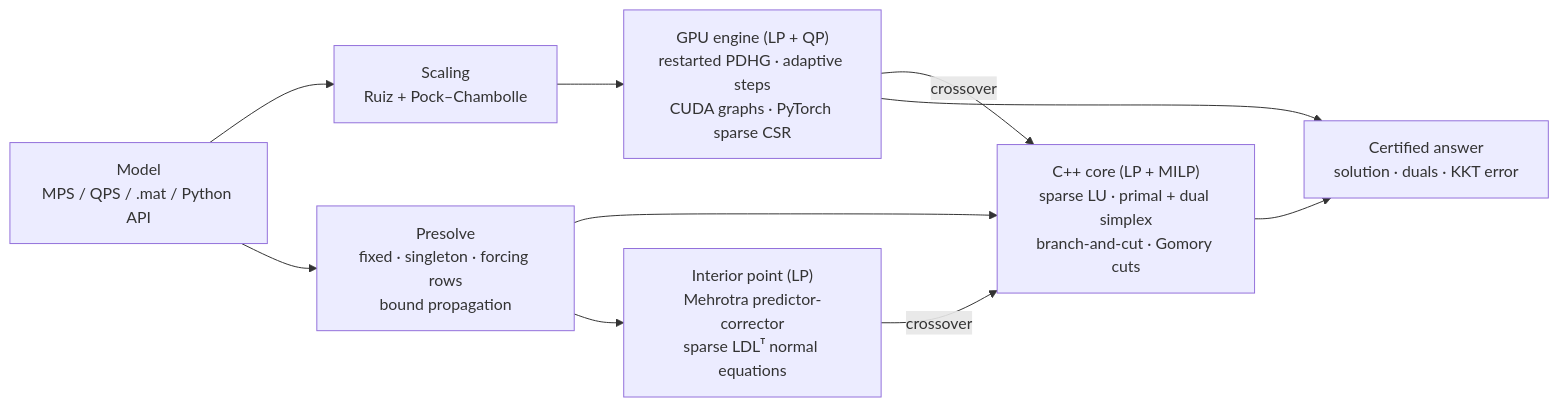
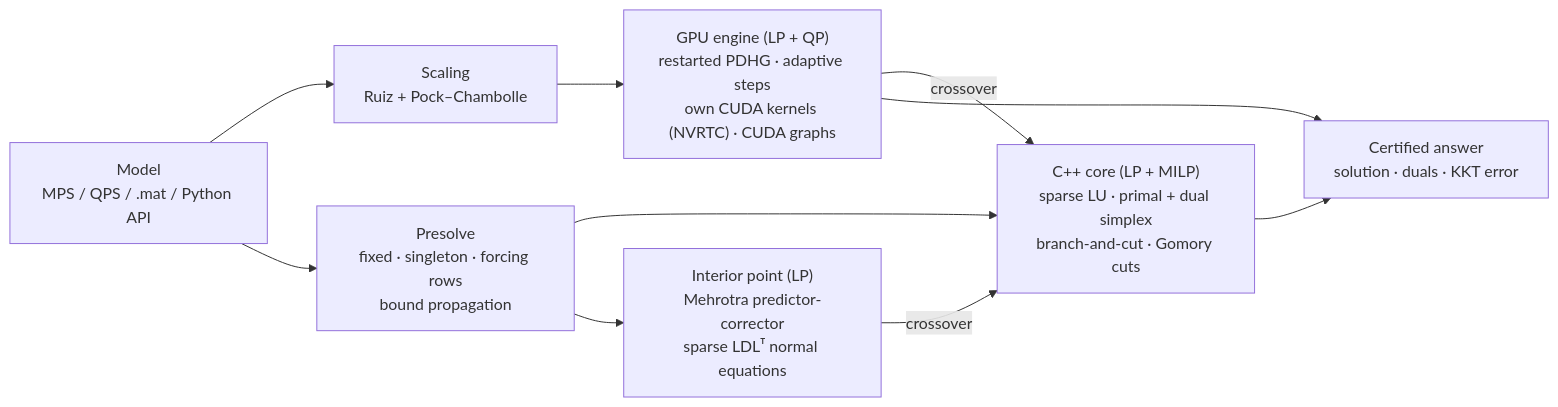
One commit to NAMAN-THAKUR-1944/SIH2026-SIH26119-SAMADHAN changed the diagram in README.md. Above: the diagram before and after it, drawn with Mermaid. The commit also changed other lines of this file, not shown here.

Commit message:
README: describe the native CUDA kernels and the propagation through continuous columns

````diff
--- a/README.md
+++ b/README.md
@@ -118,12 +118,12 @@
 ```mermaid
 flowchart LR
     A["Model<br/>MPS / QPS / .mat / Python API"] --> B["Scaling<br/>Ruiz + Pock–Chambolle"]
-    B --> C["GPU engine (LP + QP)<br/>restarted PDHG · adaptive steps<br/>CUDA graphs · PyTorch sparse CSR"]
+    B --> C["GPU engine (LP + QP)<br/>restarted PDHG · adaptive steps<br/>own CUDA kernels (NVRTC) · CUDA graphs"]
     A --> P["Presolve<br/>fixed · singleton · forcing rows<br/>bound propagation"]
     P --> D["C++ core (LP + MILP)<br/>sparse LU · primal + dual simplex<br/>branch-and-cut · Gomory cuts"]
     P --> I["Interior point (LP)<br/>Mehrotra predictor-corrector<br/>sparse LDLᵀ normal equations"]
     I -- crossover --> D
     C -- crossover --> D
     C --> E["Certified answer<br/>solution · duals · KKT error"]
     D --> E
 ```
````
